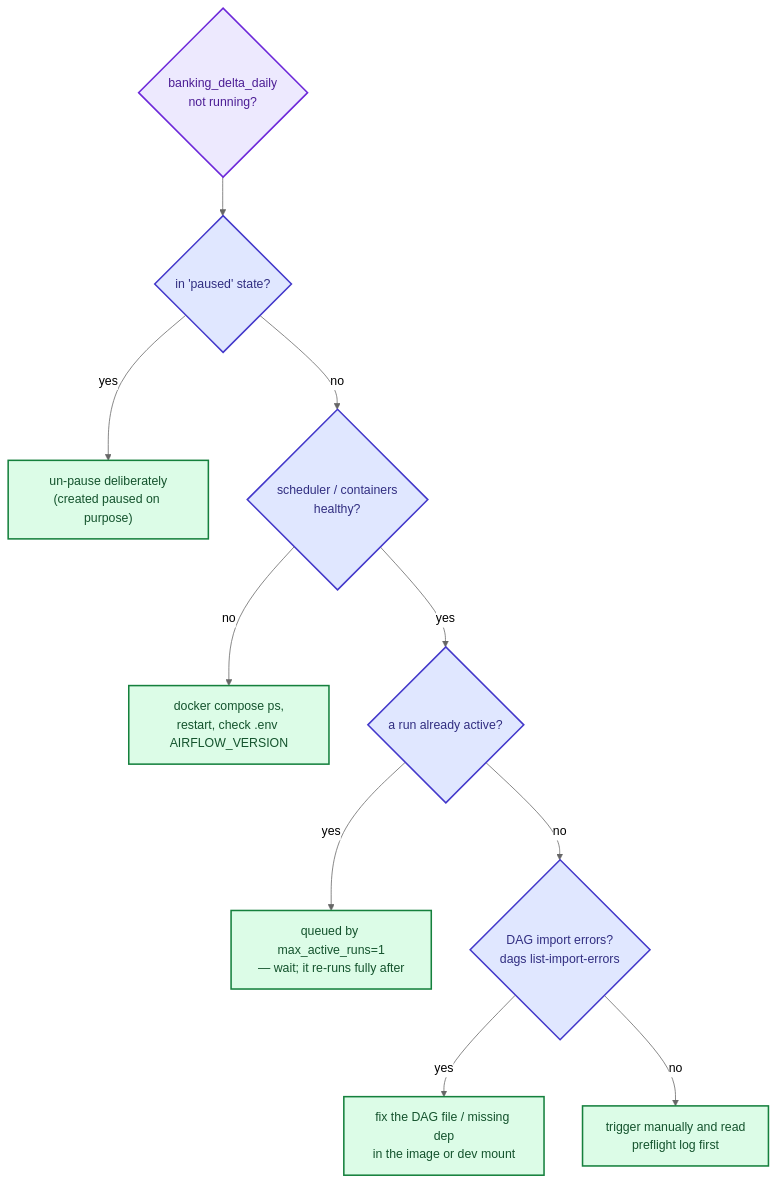
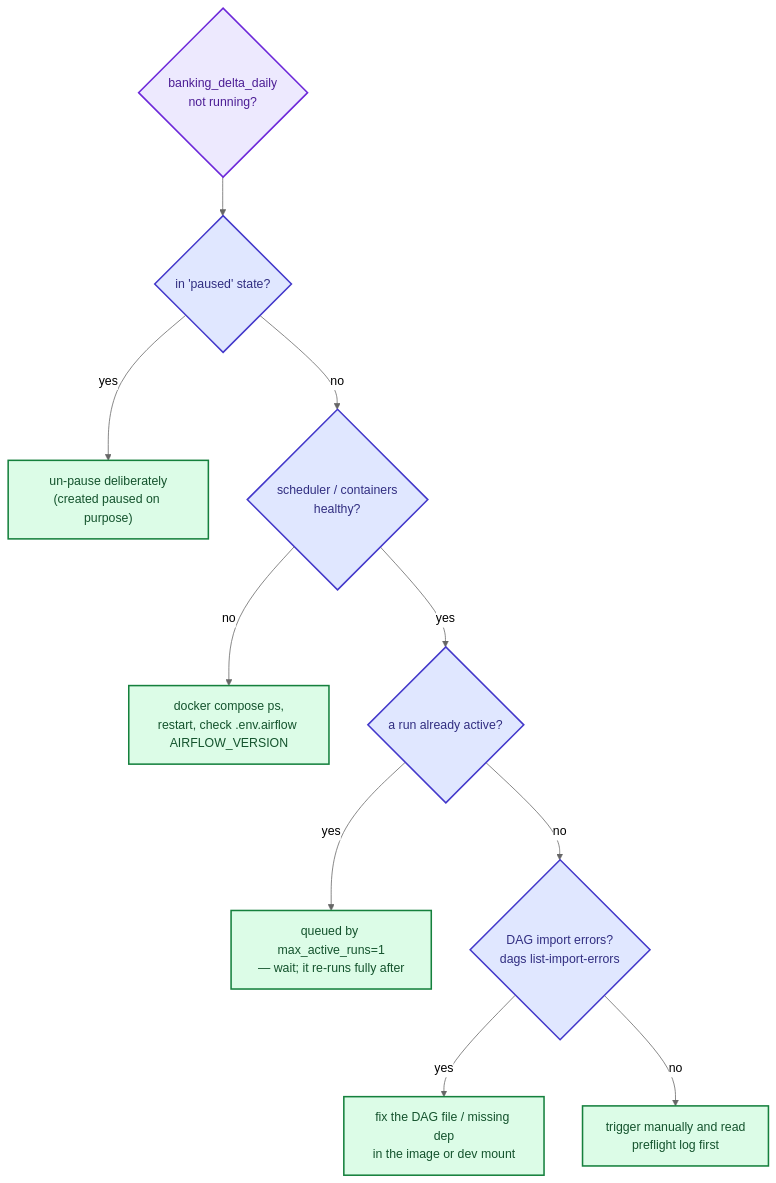
The diagram in docs/TROUBLESHOOTING.md (Nitinx12/Banking-Delta-Lakehouse), drawn with Mermaid (neutral theme) before and after one commit. The commit also changed other lines of this file and 11 other files, not shown here.

````diff
--- a/docs/TROUBLESHOOTING.md
+++ b/docs/TROUBLESHOOTING.md
@@ -78,20 +78,20 @@
 ```mermaid
 flowchart TB
     Q{"banking_delta_daily<br/>not running?"}
     Q --> A{"in 'paused' state?"}
     A -->|yes| A2["un-pause deliberately<br/>(created paused on purpose)"]
     A -->|no| B{"scheduler / containers<br/>healthy?"}
-    B -->|no| B2["docker compose ps,<br/>restart, check .env AIRFLOW_VERSION"]
+    B -->|no| B2["docker compose ps,<br/>restart, check .env.airflow AIRFLOW_VERSION"]
     B -->|yes| C{"a run already active?"}
     C -->|yes| C2["queued by max_active_runs=1<br/>— wait; it re-runs fully after"]
     C -->|no| D{"DAG import errors?<br/>dags list-import-errors"}
     D -->|yes| D2["fix the DAG file / missing dep<br/>in the image or dev mount"]
     D -->|no| E["trigger manually and read<br/>preflight log first"]
 
     classDef q fill:#ede9fe,stroke:#6d28d9,color:#4c1d95,stroke-width:2px
     classDef check fill:#e0e7ff,stroke:#4338ca,color:#312e81,stroke-width:2px
     classDef fix fill:#dcfce7,stroke:#15803d,color:#14532d,stroke-width:2px
     class Q q
     class A,B,C,D check
     class A2,B2,C2,D2,E fix
 ```
````
